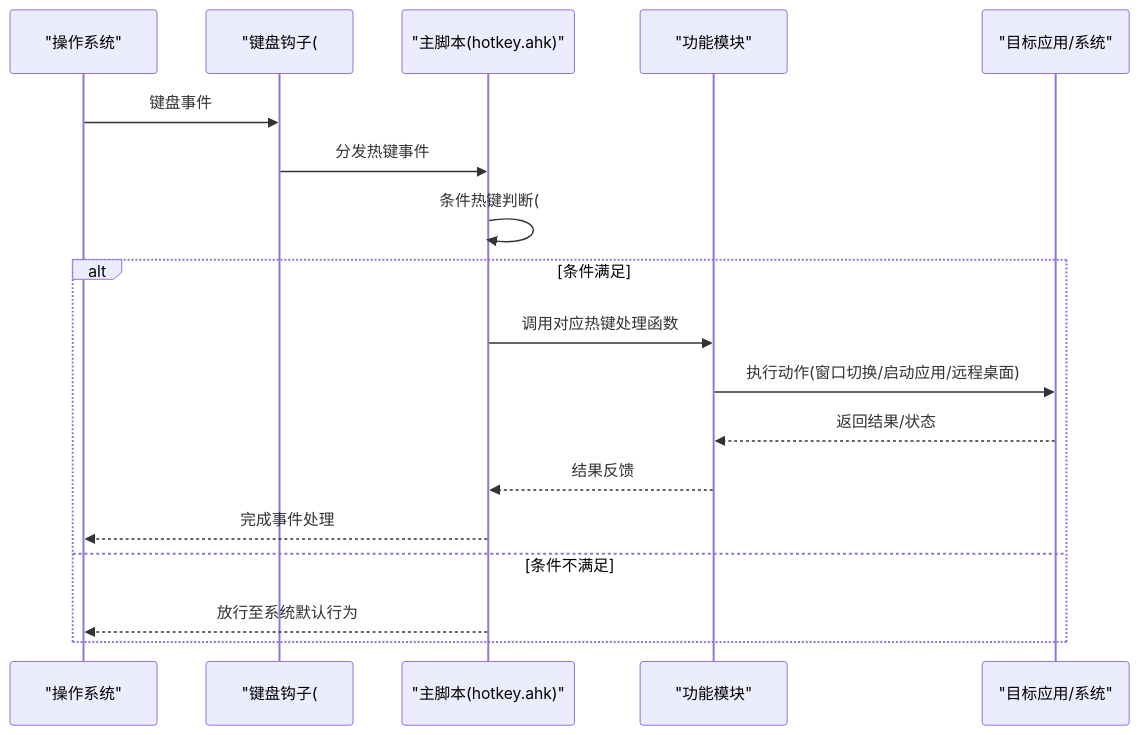
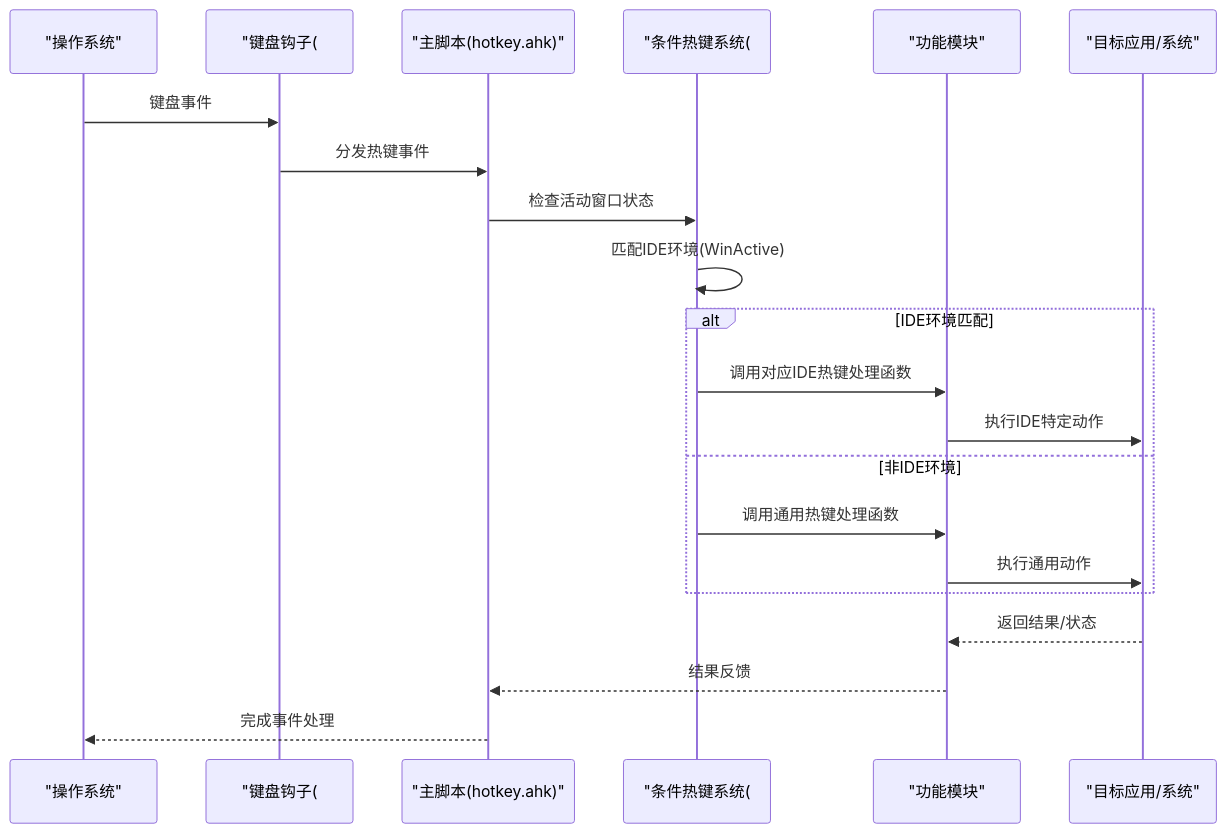
Before and after one commit to wangys-123doit/hotkey: the second of 8 diagrams in .qoder/repowiki/zh/content/核心功能/热键管理系统.md, drawn with Mermaid. The commit also changed other lines of this file and 3 other files, not shown here.

````diff
--- a/.qoder/repowiki/zh/content/核心功能/热键管理系统.md
+++ b/.qoder/repowiki/zh/content/核心功能/热键管理系统.md
@@ -88,20 +89,23 @@
 ```mermaid
 sequenceDiagram
 participant OS as "操作系统"
 participant Hook as "键盘钩子(#UseHook)"
 participant Main as "主脚本(hotkey.ahk)"
+participant Condition as "条件热键系统(#HotIf)"
 participant Module as "功能模块"
 participant App as "目标应用/系统"
 OS->>Hook : 键盘事件
 Hook->>Main : 分发热键事件
-Main->>Main : 条件热键判断(#HotIf)
-alt 条件满足
-Main->>Module : 调用对应热键处理函数
-Module->>App : 执行动作(窗口切换/启动应用/远程桌面)
+Main->>Condition : 检查活动窗口状态
+Condition->>Condition : 匹配IDE环境(WinActive)
+alt IDE环境匹配
+Condition->>Module : 调用对应IDE热键处理函数
+Module->>App : 执行IDE特定动作
+else 非IDE环境
+Condition->>Module : 调用通用热键处理函数
+Module->>App : 执行通用动作
+end
 App-->>Module : 返回结果/状态
 Module-->>Main : 结果反馈
 Main-->>OS : 完成事件处理
-else 条件不满足
-Main-->>OS : 放行至系统默认行为
-end
 ```
````
